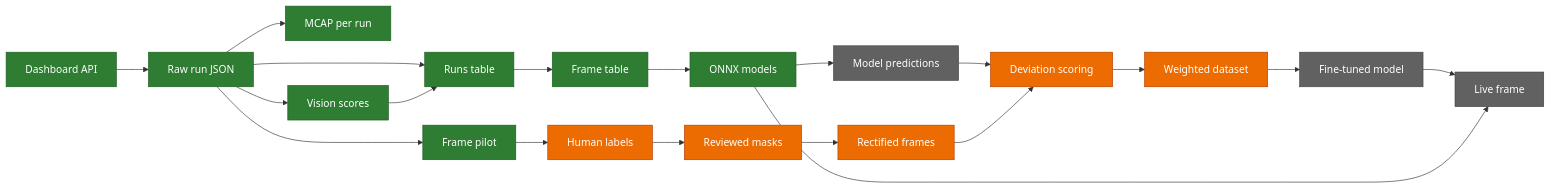
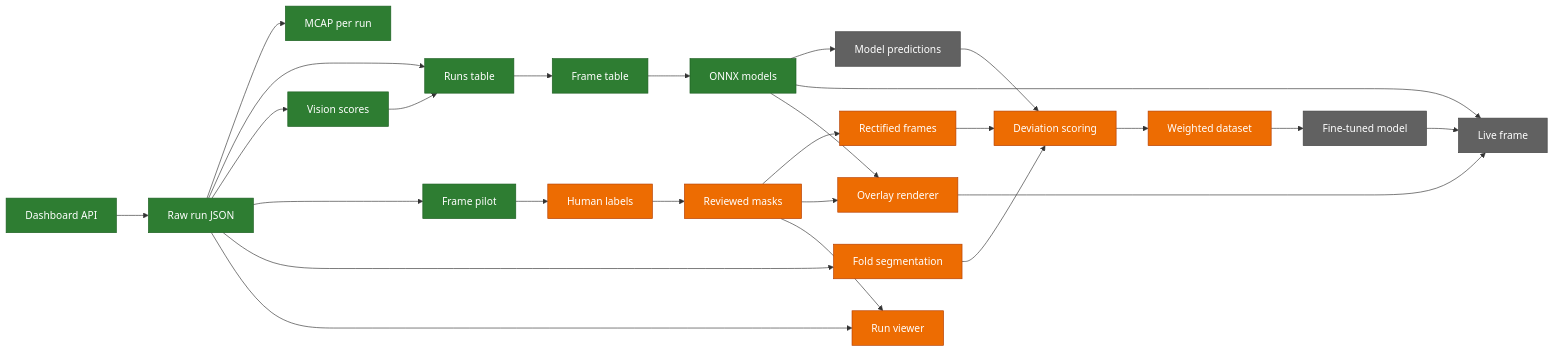
The first of 6 diagrams in readme.md (leonardoAB1/maus-crepe-insights), drawn with Mermaid before and after one commit. The commit also changed other lines of this file and 2 other files, not shown here.

Commit message:
docs: show the shipped viewer, overlay and fold segmentation on the front page

````diff
--- a/readme.md
+++ b/readme.md
@@ -67,29 +67,37 @@
 ```mermaid
 flowchart LR
     api[Dashboard API] --> raw[Raw run JSON]
     raw --> mcap[MCAP per run]
     raw --> table[Runs table]
     raw --> vision[Vision scores]
     vision --> table
     table --> frames[Frame table]
     frames --> models[ONNX models]
     raw --> pilot[Frame pilot]
     pilot --> labels[Human labels]
     labels --> masks[Reviewed masks]
     masks --> rectified[Rectified frames]
     models --> predict[Model predictions]
     predict --> compare[Deviation scoring]
     rectified --> compare
     compare --> weights[Weighted dataset]
     weights --> finetune[Fine-tuned model]
     finetune --> live[Live frame]
     models --> live
+    raw --> foldseg[Fold segmentation]
+    foldseg --> compare
+    masks --> overlay[Overlay renderer]
+    models --> overlay
+    overlay --> live
+    raw --> viewer[Run viewer]
+    masks --> viewer
 
     classDef done fill:#2e7d32,stroke:#1b5e20,color:#ffffff
     classDef partial fill:#ed6c02,stroke:#b53d00,color:#ffffff
     classDef todo fill:#616161,stroke:#424242,color:#ffffff
 
     class api,raw,mcap,table,vision,frames,models,pilot done
     class labels,masks,rectified,compare,weights partial
+    class foldseg,overlay,viewer partial
     class predict,finetune,live todo
 ```
````
